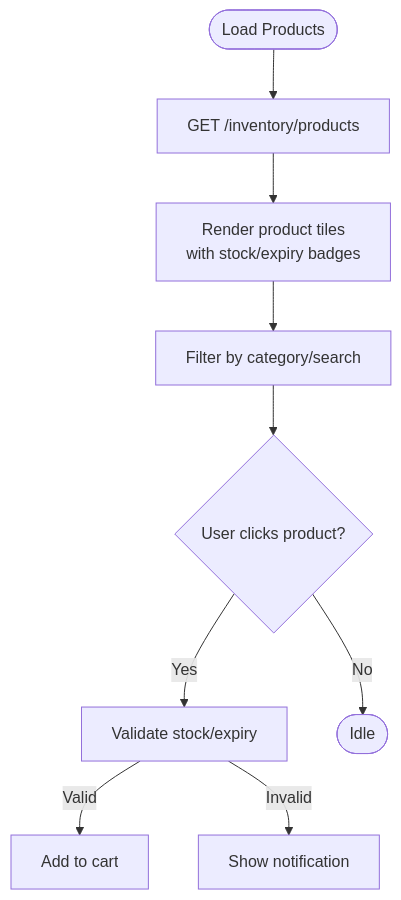
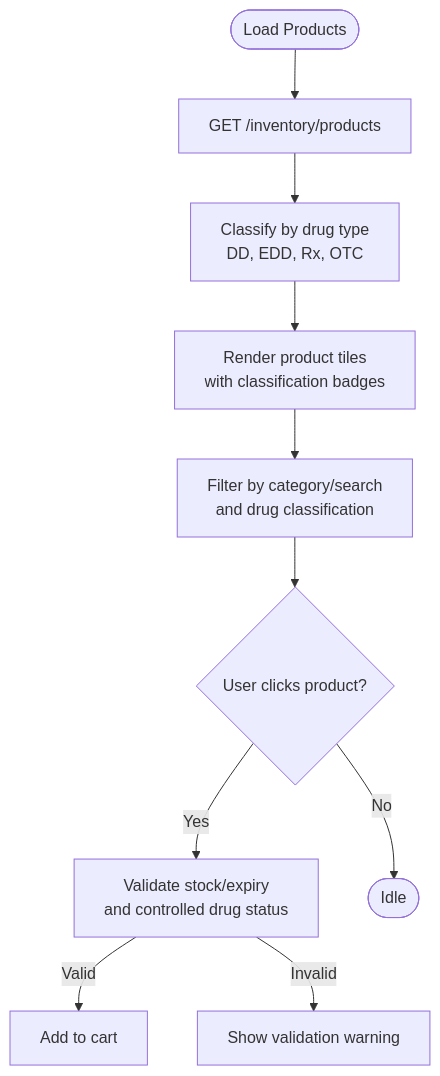
Before and after one commit to yosefdc7/PharmaPOS: the third of 14 diagrams in .qoder/repowiki/en/content/Frontend Interface/Point-of-Sale Interface.md, drawn with Mermaid. The commit also changed other lines of this file and 11 other files, not shown here.

````diff
--- a/.qoder/repowiki/en/content/Frontend Interface/Point-of-Sale Interface.md
+++ b/.qoder/repowiki/en/content/Frontend Interface/Point-of-Sale Interface.md
@@ -123,11 +167,12 @@
 ```mermaid
 flowchart TD
 Start(["Load Products"]) --> Fetch["GET /inventory/products"]
-Fetch --> Render["Render product tiles<br/>with stock/expiry badges"]
-Render --> Filter["Filter by category/search"]
+Fetch --> Classify["Classify by drug type<br/>DD, EDD, Rx, OTC"]
+Classify --> Render["Render product tiles<br/>with classification badges"]
+Render --> Filter["Filter by category/search<br/>and drug classification"]
 Filter --> Click{"User clicks product?"}
-Click --> |Yes| Validate["Validate stock/expiry"]
+Click --> |Yes| Validate["Validate stock/expiry<br/>and controlled drug status"]
 Validate --> |Valid| Add["Add to cart"]
-Validate --> |Invalid| Notify["Show notification"]
+Validate --> |Invalid| Notify["Show validation warning"]
 Click --> |No| End(["Idle"])
 ```
````
